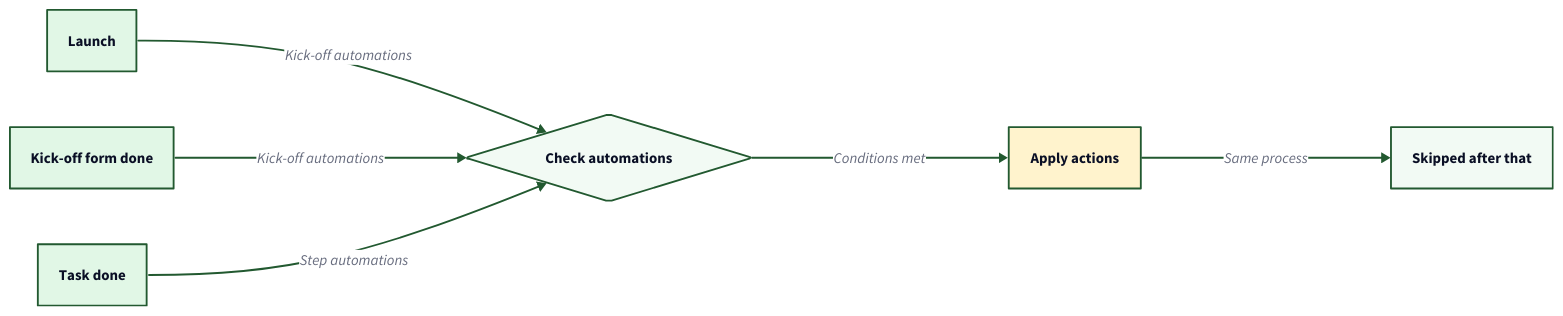
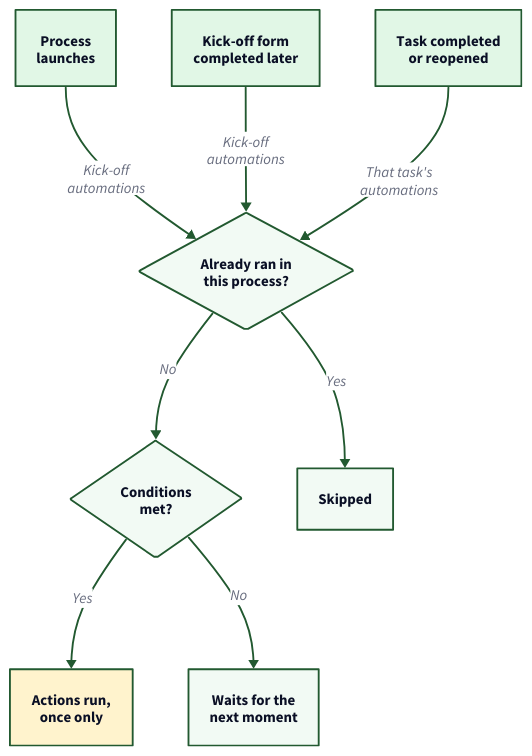
Before and after one commit to tallyfy/documentation: the diagram in src/content/docs/pro/documenting/templates/automations/when-automations-run.mdx, drawn with D2. The commit also changed 12 other files, not shown here.

````diff
--- a/src/content/docs/pro/documenting/templates/automations/when-automations-run.mdx
+++ b/src/content/docs/pro/documenting/templates/automations/when-automations-run.mdx
@@ -48,56 +48,68 @@
 ```d2
 # The three moments Tallyfy checks an automation
-direction: right
+direction: down
 
-Launch: Launch {
-  shape: rectangle
+Launch: "Process\nlaunches" {
   style.fill: "#e1f7e6"
   style.stroke: "#225930"
 }
 
-Kickoff: Kick-off form done {
-  shape: rectangle
+Kickoff: "Kick-off form\ncompleted later" {
   style.fill: "#e1f7e6"
   style.stroke: "#225930"
 }
 
-Done: Task done {
-  shape: rectangle
+Task: "Task completed\nor reopened" {
   style.fill: "#e1f7e6"
   style.stroke: "#225930"
 }
 
-Check: Check automations {
+Ran: "Already ran in\nthis process?" {
   shape: diamond
   style.fill: "#f2faf4"
   style.stroke: "#225930"
 }
 
-Apply: Apply actions {
-  shape: rectangle
+Met: "Conditions\nmet?" {
+  shape: diamond
+  style.fill: "#f2faf4"
+  style.stroke: "#225930"
+}
+
+Skip: "Skipped" {
+  style.fill: "#f2faf4"
+  style.stroke: "#225930"
+}
+
+Apply: "Actions run,\nonce only" {
   style.fill: "#fff3cd"
   style.stroke: "#225930"
 }
 
-Never: Skipped after that {
-  shape: rectangle
+Wait: "Waits for the\nnext moment" {
   style.fill: "#f2faf4"
   style.stroke: "#225930"
 }
 
-Launch -> Check: Kick-off automations {
+Launch -> Ran: "Kick-off\nautomations" {
   style.stroke: "#225930"
 }
-Kickoff -> Check: Kick-off automations {
+Kickoff -> Ran: "Kick-off\nautomations" {
   style.stroke: "#225930"
 }
-Done -> Check: Step automations {
+Task -> Ran: "That task's\nautomations" {
   style.stroke: "#225930"
 }
-Check -> Apply: Conditions met {
+Ran -> Skip: "Yes" {
   style.stroke: "#225930"
 }
-Apply -> Never: Same process {
+Ran -> Met: "No" {
+  style.stroke: "#225930"
+}
+Met -> Apply: "Yes" {
+  style.stroke: "#225930"
+}
+Met -> Wait: "No" {
   style.stroke: "#225930"
 }
 ```
````
